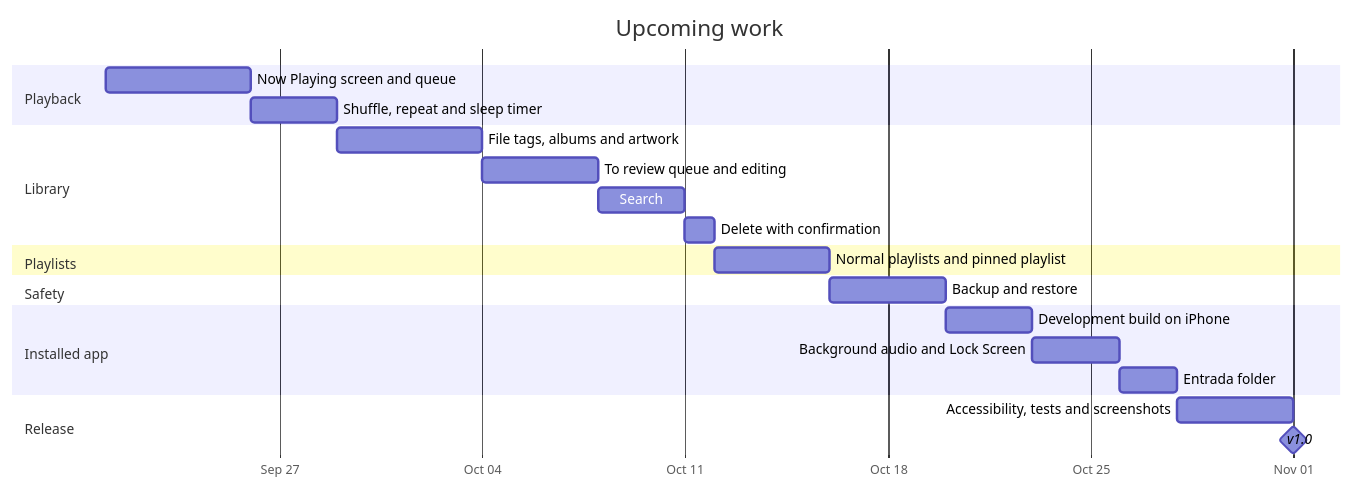
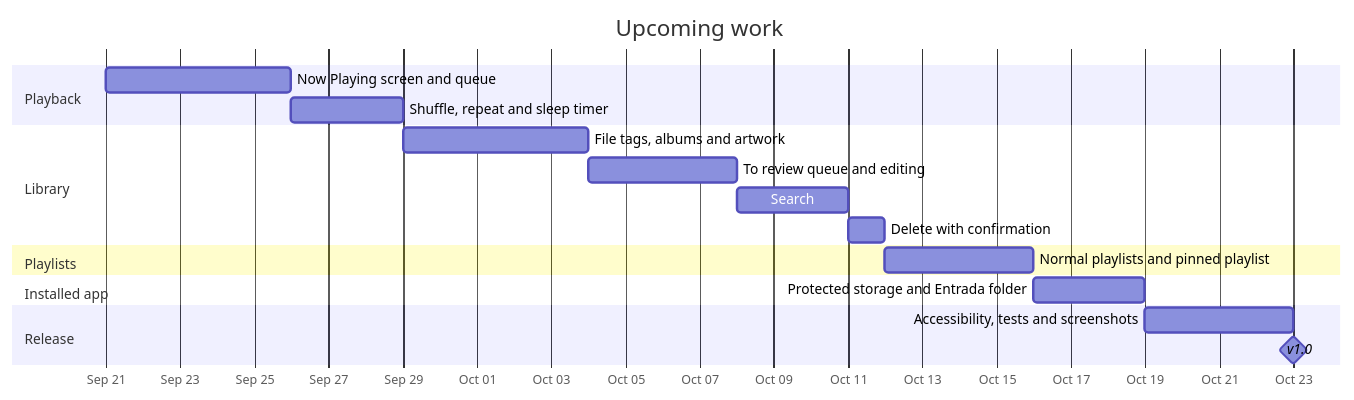
Before and after one commit to sabrinasalomon/CoryMusic: the diagram in docs/ROADMAP.md, drawn with Mermaid. The commit also changed other lines of this file and 22 other files, not shown here.

First line of the commit message:
Add backup and restore

````diff
--- a/docs/ROADMAP.md
+++ b/docs/ROADMAP.md
@@ -17,31 +18,26 @@
 ```mermaid
 gantt
     title Upcoming work
     dateFormat YYYY-MM-DD
     axisFormat %b %d
 
     section Playback
     Now Playing screen and queue           :p1, 2026-09-21, 5d
     Shuffle, repeat and sleep timer        :p2, after p1, 3d
 
     section Library
     File tags, albums and artwork          :l1, after p2, 5d
     To review queue and editing            :l2, after l1, 4d
     Search                                 :l3, after l2, 3d
     Delete with confirmation               :l4, after l3, 1d
 
     section Playlists
     Normal playlists and pinned playlist   :pl1, after l4, 4d
 
-    section Safety
-    Backup and restore                     :b1, after pl1, 4d
-
     section Installed app
-    Development build on iPhone            :i1, after b1, 3d
-    Background audio and Lock Screen       :i2, after i1, 3d
-    Entrada folder                         :i3, after i2, 2d
+    Protected storage and Entrada folder   :i1, after pl1, 3d
 
     section Release
-    Accessibility, tests and screenshots   :r1, after i3, 4d
+    Accessibility, tests and screenshots   :r1, after i1, 4d
     v1.0                                   :milestone, r2, after r1, 0d
 ```
````
